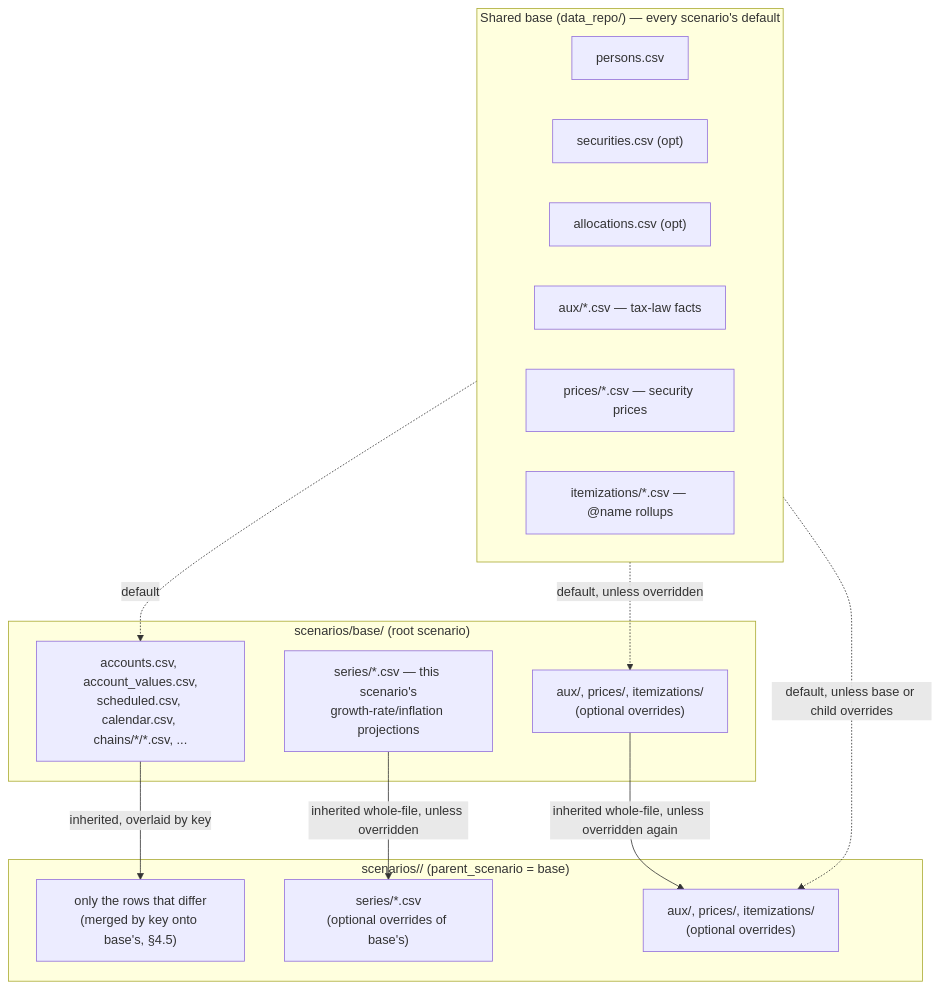
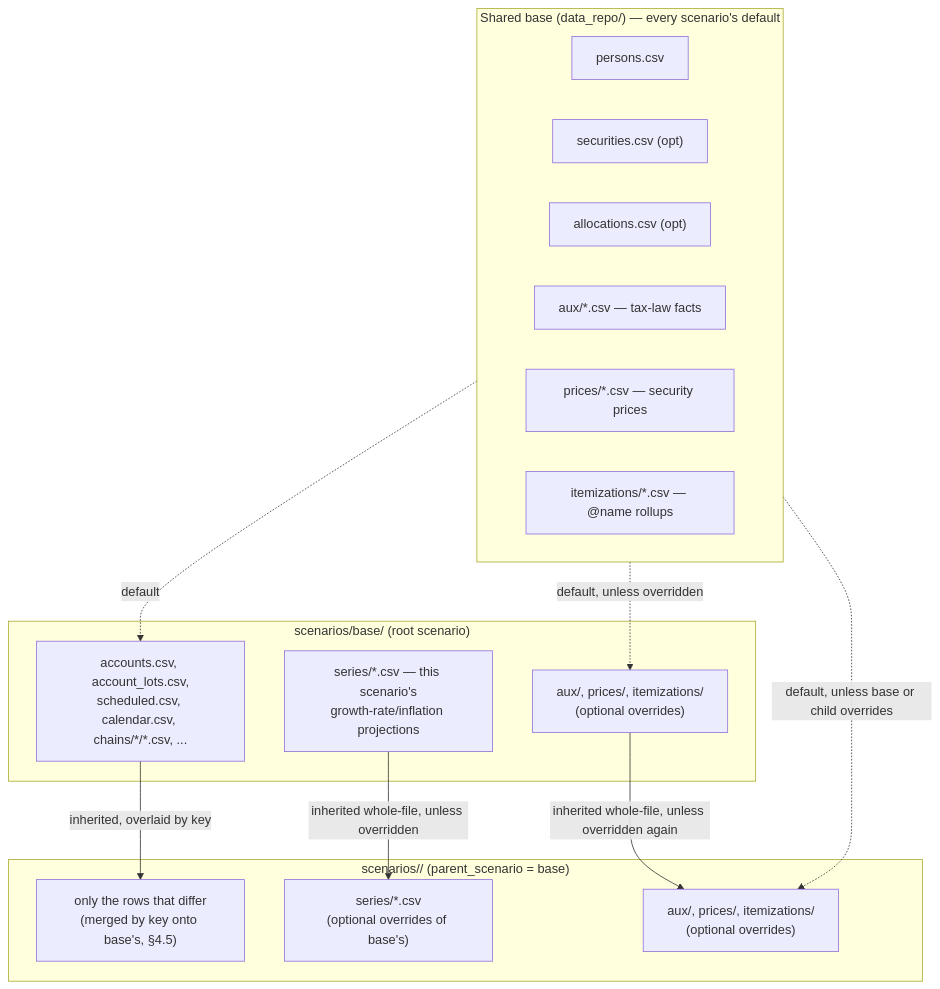
The first of 2 diagrams in docs/architecture/ADR-003-registries-and-csv-schemas.md (BobKerns/analysis), drawn with Mermaid before and after one commit. The commit also changed other lines of this file and 43 other files, not shown here.

First line of the commit message:
Rename account_values.csv to account_lots.csv (#217)

````diff
--- a/docs/architecture/ADR-003-registries-and-csv-schemas.md
+++ b/docs/architecture/ADR-003-registries-and-csv-schemas.md
@@ -280,33 +280,33 @@
 ```mermaid
 flowchart TB
     subgraph shared["Shared base (data_repo/) — every scenario's default"]
         persons["persons.csv"]
         securities["securities.csv (opt)"]
         allocations["allocations.csv (opt)"]
         aux["aux/*.csv — tax-law facts"]
         prices["prices/*.csv — security prices"]
         itemizations["itemizations/*.csv — @name rollups"]
     end
     subgraph base["scenarios/base/ (root scenario)"]
-        base_files["accounts.csv, account_values.csv,
+        base_files["accounts.csv, account_lots.csv,
 scheduled.csv, calendar.csv, chains/*/*.csv, ..."]
         base_series["series/*.csv — this scenario's
 growth-rate/inflation projections"]
         base_override["aux/, prices/, itemizations/
 (optional overrides)"]
     end
     subgraph child["scenarios/<derived>/ (parent_scenario = base)"]
         child_files["only the rows that differ
 (merged by key onto base's, §4.5)"]
         child_series["series/*.csv
 (optional overrides of base's)"]
         child_override["aux/, prices/, itemizations/
 (optional overrides)"]
     end
     shared -.->|default| base_files
     shared -.->|default, unless overridden| base_override
     base_files -->|inherited, overlaid by key| child_files
     base_series -->|inherited whole-file, unless overridden| child_series
     base_override -->|inherited whole-file, unless overridden again| child_override
     shared -.->|default, unless base or child overrides| child_override
 ```
````
